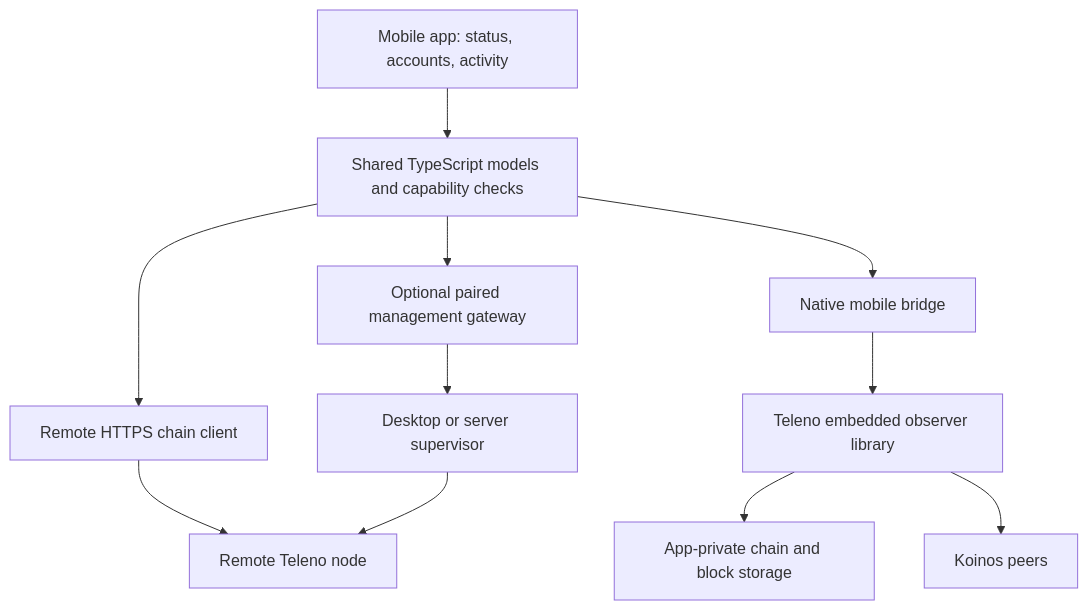
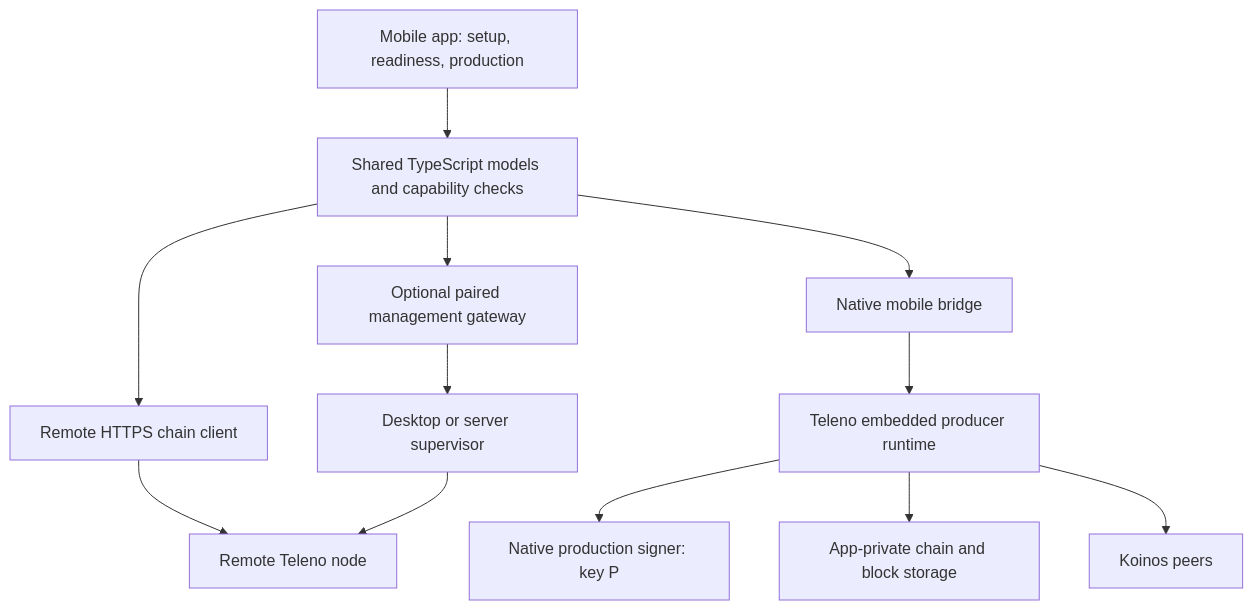
One commit to koinos/teleno changed the second of 2 diagrams in docs/implementation/teleno-mobile-feasibility-and-implementation-plan.md. Above: the diagram before and after it, drawn with Mermaid. The commit also changed other lines of this file and 2 other files, not shown here.

Commit message:
docs: consolidate mobile plan around PoB production

````diff
--- a/docs/implementation/teleno-mobile-feasibility-and-implementation-plan.md
+++ b/docs/implementation/teleno-mobile-feasibility-and-implementation-plan.md
@@ -138,23 +197,25 @@
 ```mermaid
 flowchart TB
-    UI[Mobile app: status, accounts, activity]
+    UI[Mobile app: setup, readiness, production]
     Domain[Shared TypeScript models and capability checks]
     Remote[Remote HTTPS chain client]
     Bridge[Native mobile bridge]
-    Core[Teleno embedded observer library]
+    Core[Teleno embedded producer runtime]
+    Signer[Native production signer: key P]
     Storage[App-private chain and block storage]
     Peers[Koinos peers]
     Gateway[Optional paired management gateway]
     Supervisor[Desktop or server supervisor]
     Node[Remote Teleno node]
     UI --> Domain
     Domain --> Remote
     Remote --> Node
     Domain --> Bridge
     Bridge --> Core
+    Core --> Signer
     Core --> Storage
     Core --> Peers
     Domain --> Gateway
     Gateway --> Supervisor
     Supervisor --> Node
 ```
````
